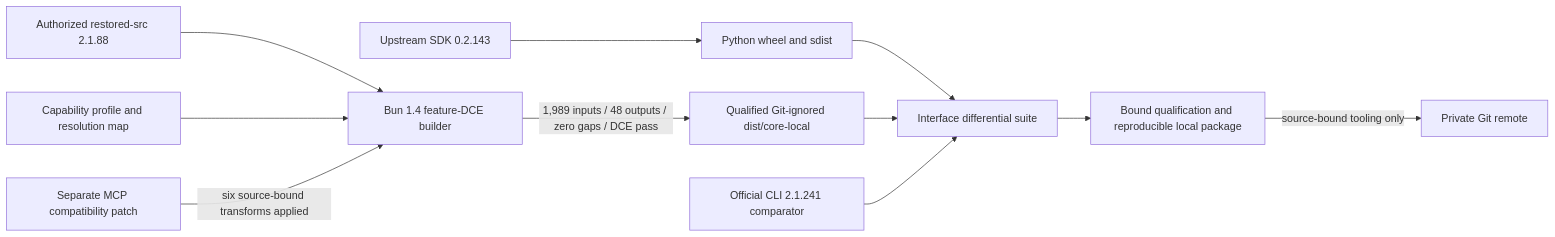
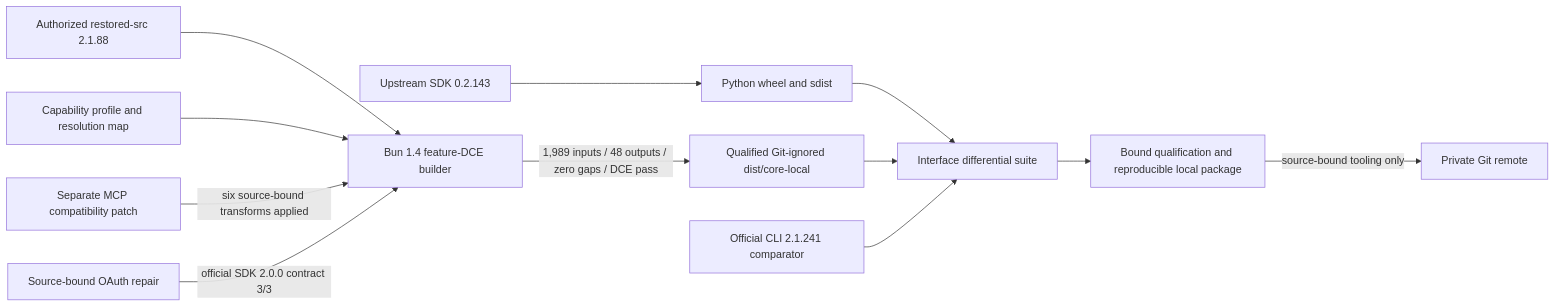
One commit to glide-the/ink-claude-code-dream changed the third of 3 diagrams in docs/design/claude-code-runtime-minimalization.md. Above: the diagram before and after it, drawn with Mermaid. The commit also changed other lines of this file and 25 other files, not shown here.

````diff
--- a/docs/design/claude-code-runtime-minimalization.md
+++ b/docs/design/claude-code-runtime-minimalization.md
@@ -210,13 +217,14 @@
 ```mermaid
 flowchart LR
     U["Upstream SDK 0.2.143"] --> P["Python wheel and sdist"]
     S["Authorized restored-src 2.1.88"] --> B["Bun 1.4 feature-DCE builder"]
     C["Capability profile and resolution map"] --> B
     B -->|"1,989 inputs / 48 outputs / zero gaps / DCE pass"| L["Qualified Git-ignored dist/core-local"]
     M["Separate MCP compatibility patch"] -->|"six source-bound transforms applied"| B
+    Q["Source-bound OAuth repair"] -->|"official SDK 2.0.0 contract 3/3"| B
     P --> T["Interface differential suite"]
     L --> T
     O["Official CLI 2.1.241 comparator"] --> T
     T --> A["Bound qualification and reproducible local package"]
     A -->|"source-bound tooling only"| G["Private Git remote"]
 ```
````
